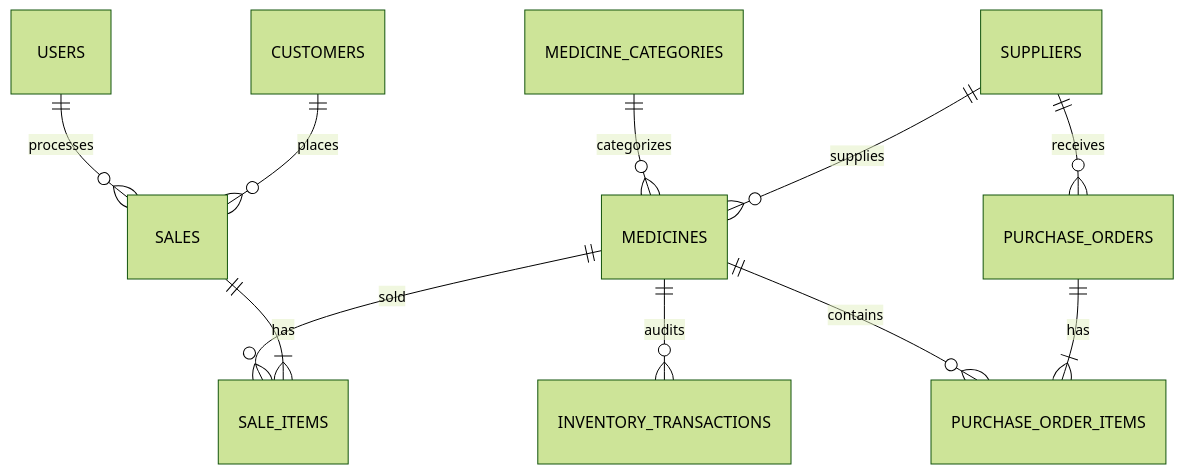
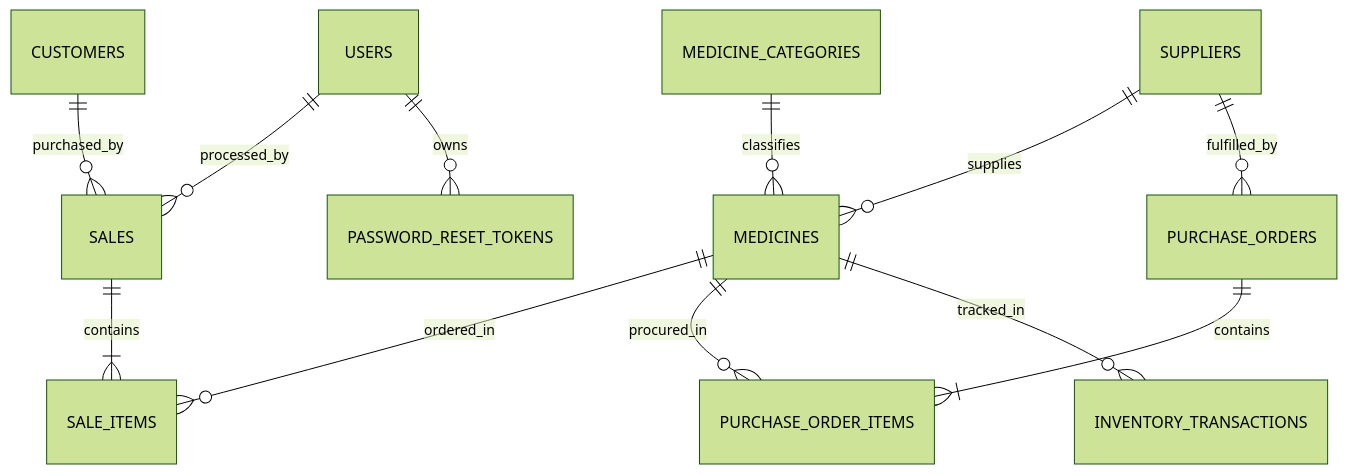
One commit to sunilganganagunta/pharmacy-management-platform changed the second of 3 diagrams in README.md. Above: the diagram before and after it, drawn with Mermaid (forest theme). The commit also changed other lines of this file and 6 other files, not shown here.

````diff
--- a/README.md
+++ b/README.md
@@ -109,13 +256,14 @@
 ```mermaid
 erDiagram
-    USERS ||--o{ SALES : "processes"
-    MEDICINE_CATEGORIES ||--o{ MEDICINES : "categorizes"
+    USERS ||--o{ SALES : "processed_by"
+    CUSTOMERS ||--o{ SALES : "purchased_by"
+    SALES ||--|{ SALE_ITEMS : "contains"
+    MEDICINES ||--o{ SALE_ITEMS : "ordered_in"
+    MEDICINE_CATEGORIES ||--o{ MEDICINES : "classifies"
     SUPPLIERS ||--o{ MEDICINES : "supplies"
-    SUPPLIERS ||--o{ PURCHASE_ORDERS : "receives"
-    MEDICINES ||--o{ INVENTORY_TRANSACTIONS : "audits"
-    MEDICINES ||--o{ PURCHASE_ORDER_ITEMS : "contains"
-    MEDICINES ||--o{ SALE_ITEMS : "sold"
-    CUSTOMERS ||--o{ SALES : "places"
-    PURCHASE_ORDERS ||--|{ PURCHASE_ORDER_ITEMS : "has"
-    SALES ||--|{ SALE_ITEMS : "has"
+    SUPPLIERS ||--o{ PURCHASE_ORDERS : "fulfilled_by"
+    PURCHASE_ORDERS ||--|{ PURCHASE_ORDER_ITEMS : "contains"
+    MEDICINES ||--o{ PURCHASE_ORDER_ITEMS : "procured_in"
+    MEDICINES ||--o{ INVENTORY_TRANSACTIONS : "tracked_in"
+    USERS ||--o{ PASSWORD_RESET_TOKENS : "owns"
 ```
````
